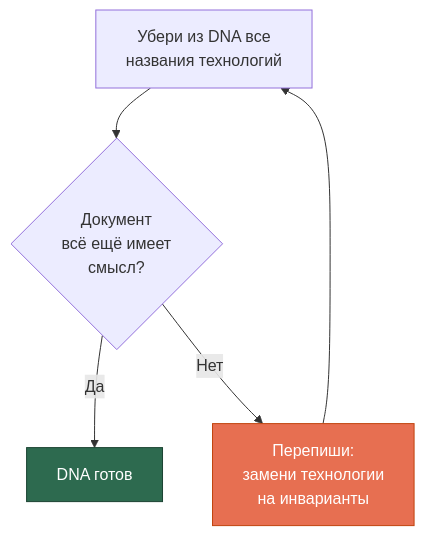
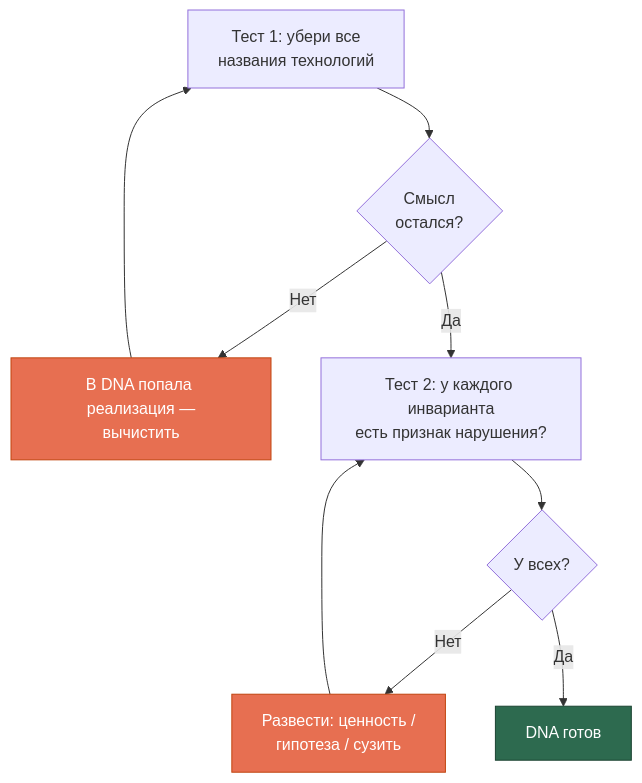
The first of 2 diagrams in docs/quickstart-ru.md (SizovOleg/project-dna), drawn with Mermaid before and after one commit. The commit also changed other lines of this file and 9 other files, not shown here.

````diff
--- a/docs/quickstart-ru.md
+++ b/docs/quickstart-ru.md
@@ -79,11 +125,18 @@
 ```mermaid
 flowchart TD
-    CHECK["Убери из DNA все<br/>названия технологий"]
-    CHECK --> Q{"Документ<br/>всё ещё имеет<br/>смысл?"}
-    Q -->|Да| OK["DNA готов"]
-    Q -->|Нет| FIX["Перепиши:<br/>замени технологии<br/>на инварианты"]
-    FIX --> CHECK
-    
+    T1["Тест 1: убери все<br/>названия технологий"]
+    T1 --> Q1{"Смысл<br/>остался?"}
+    Q1 -->|"Нет"| F1["В DNA попала реализация —<br/>вычистить"]
+    Q1 -->|"Да"| T2["Тест 2: у каждого инварианта<br/>есть признак нарушения?"]
+
+    T2 --> Q2{"У всех?"}
+    Q2 -->|"Нет"| F2["Развести: ценность /<br/>гипотеза / сузить"]
+    Q2 -->|"Да"| OK["DNA готов"]
+
+    F1 --> T1
+    F2 --> T2
+
     style OK fill:#2d6a4f,stroke:#1b4332,color:#fff
-    style FIX fill:#e76f51,stroke:#c1440e,color:#fff
+    style F1 fill:#e76f51,stroke:#c1440e,color:#fff
+    style F2 fill:#e76f51,stroke:#c1440e,color:#fff
 ```
````
